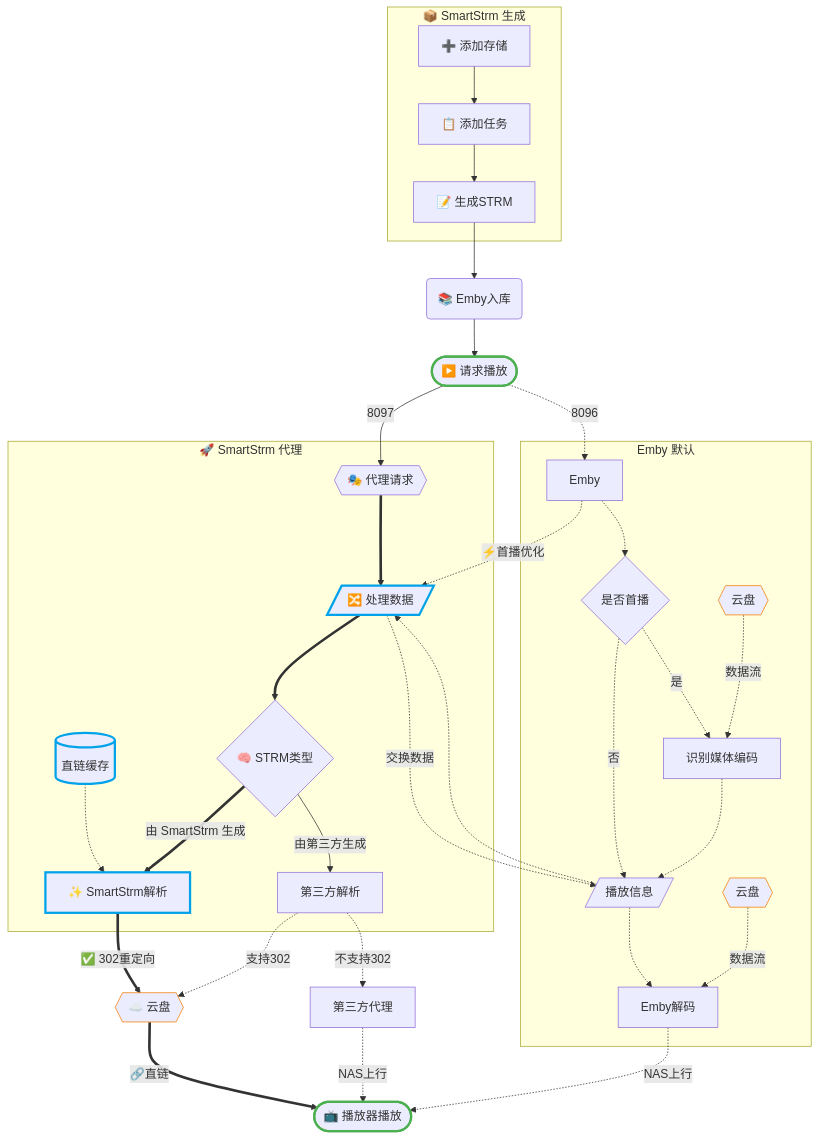
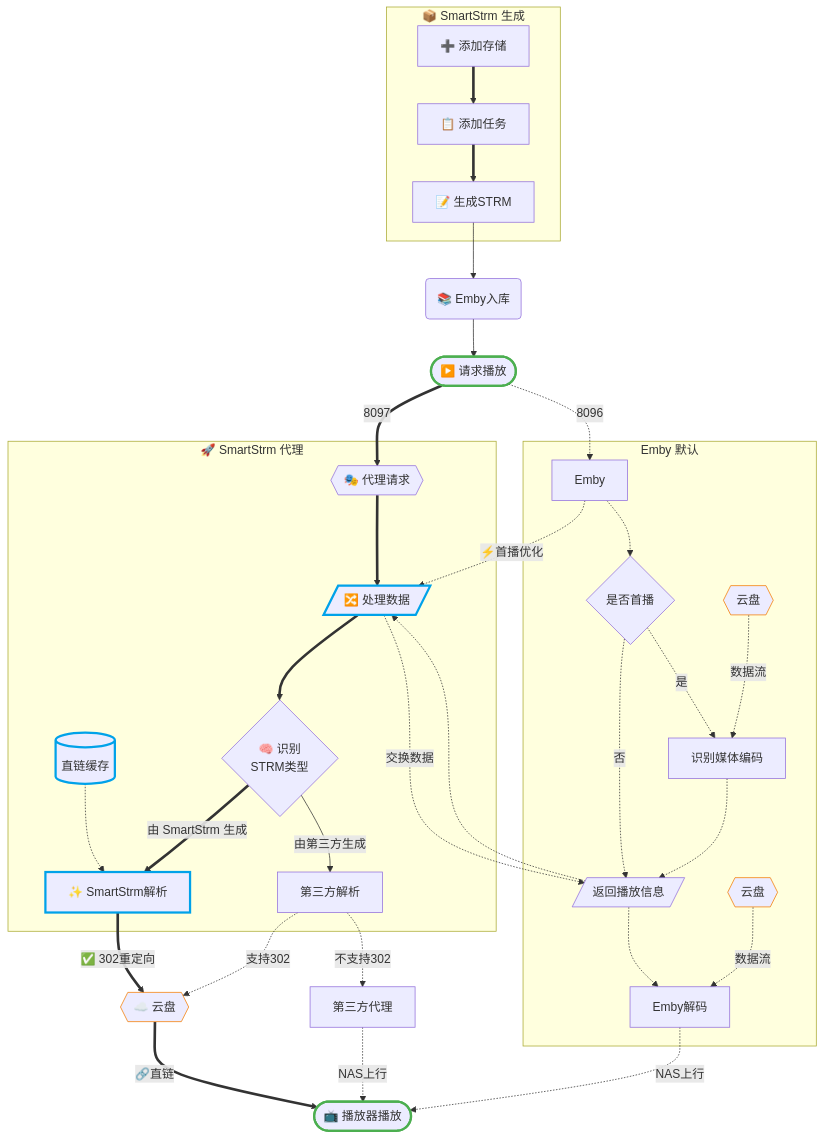
Before and after one commit to SmartStrm/smartstrm.github.io: the diagram in docs/guide/what-is.md, drawn with Mermaid. The commit also changed other lines of this file and 1 other file, not shown here.

Commit message:
docs: 优化文档描述和流程图细节

````diff
--- a/docs/guide/what-is.md
+++ b/docs/guide/what-is.md
@@ -45,44 +45,44 @@
 ```mermaid
 flowchart TD
     %% 定义节点样式
     classDef keyNode stroke:#00a2e9,stroke-width:3;
     classDef cloudNode stroke:#f57c00;
     classDef playerNode stroke:#4caf50,stroke-width:3;
 
     subgraph GroupGen["📦 SmartStrm 生成"]
-        storage["➕ 添加存储"] --> task["📋 添加任务"]
-        task --> gen["📝 生成STRM"]
+        storage["➕ 添加存储"] ==> task["📋 添加任务"]
+        task ==> gen["📝 生成STRM"]
     end
 
     gen --> add2emby("📚 Emby入库")
     add2emby --> getplayinfo(["▶️ 请求播放"]):::playerNode
 
-    getplayinfo -->|8097| proxy{{"🎭 代理请求"}}
+    getplayinfo ==>|8097| proxy{{"🎭 代理请求"}}
     getplayinfo -.-> |8096| emby
 
     subgraph GroupProxy["🚀 SmartStrm 代理"]
         proxy ==> ssHandle[/"🔀 处理数据"/]:::keyNode
         cache[("直链缓存")]:::keyNode -.-> smartstrm
-        ssHandle ==> whatstrm{"🧠 STRM类型"}
+        ssHandle ==> whatstrm{"🧠 识别<br>STRM类型"}
         whatstrm ==>|"由 SmartStrm 生成"| smartstrm["✨ SmartStrm解析"]:::keyNode
         whatstrm -->|"由第三方生成"| otherstrm["第三方解析"]
     end
     ssHandle -.->|交换数据| playback
     playback -.-> ssHandle
     emby -.->|⚡首播优化| ssHandle
 
     otherstrm -.->|支持302| cloud{{"☁️ 云盘"}}:::cloudNode
     smartstrm ==>|✅ 302重定向| cloud
     cloud ==>|🔗直链| player(["📺 播放器播放"]):::playerNode
     otherstrm -.->|不支持302| 第三方代理 -.->|NAS上行| player
 
 
     subgraph GroupEmby["Emby 默认"]
         emby["Emby"] -.-> isFirstPlay{"是否首播"}
-        isFirstPlay -.->|否| playback[/"播放信息"/] -.-> decode["Emby解码"]
+        isFirstPlay -.->|否| playback[/"返回播放信息"/] -.-> decode["Emby解码"]
         isFirstPlay -.->|是| codec[识别媒体编码] -.-> playback
         cloud1{{"云盘"}}:::cloudNode -.->|数据流| codec
         cloud2{{"云盘"}}:::cloudNode -.->|数据流| decode
     end
     decode -.-> |NAS上行| player
 ```
````
